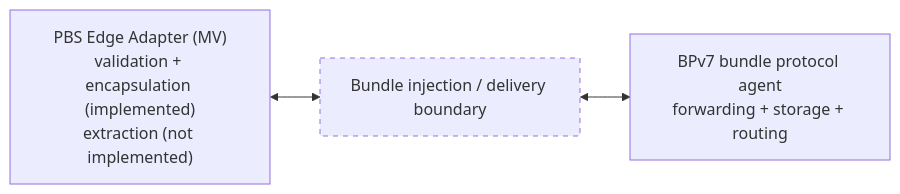
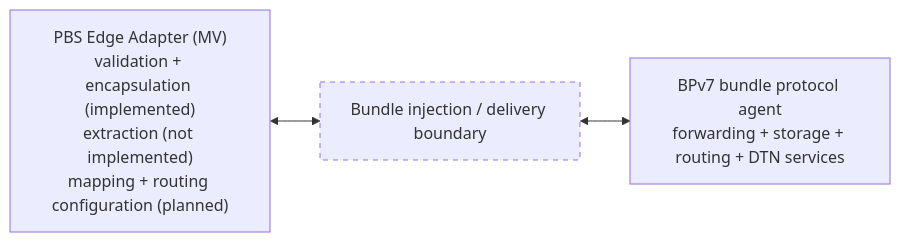
The eighth of 8 diagrams in DOCS/PBS-EDGE-ARCHITECTURE.md (Pale-Blue-Systems/PBS-EDGE-ADAPTER-MV), drawn with Mermaid before and after one commit. The commit also changed other lines of this file and 8 other files, not shown here.

````diff
--- a/DOCS/PBS-EDGE-ARCHITECTURE.md
+++ b/DOCS/PBS-EDGE-ARCHITECTURE.md
@@ -173,11 +246,11 @@
 ```mermaid
 flowchart LR
-  A["PBS Edge Adapter (MV)<br/>validation + encapsulation (implemented)<br/>extraction (not implemented)"]
+  A["PBS Edge Adapter (MV)<br/>validation + encapsulation (implemented)<br/>extraction (not implemented)<br/>mapping + routing configuration (planned)"]
   I["Bundle injection / delivery boundary"]
-  B["BPv7 bundle protocol agent<br/>forwarding + storage + routing"]
+  B["BPv7 bundle protocol agent<br/>forwarding + storage + routing + DTN services"]
 
   A <--> I <--> B
 
   classDef planned stroke-dasharray: 5 5
   class I planned
 ```
````
